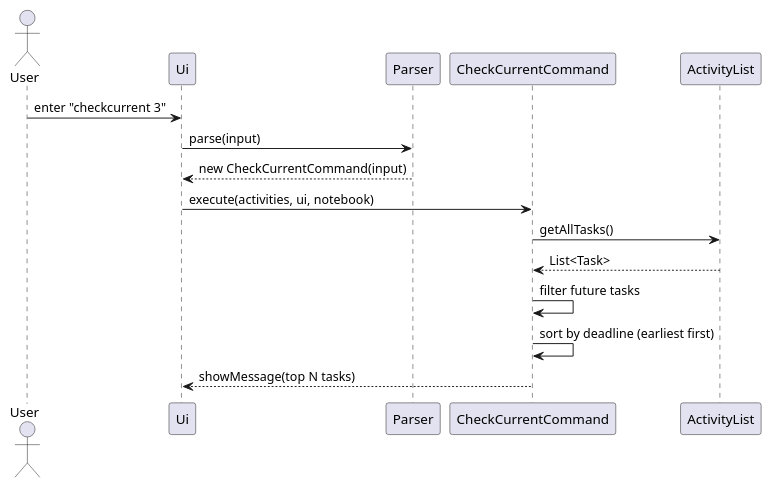
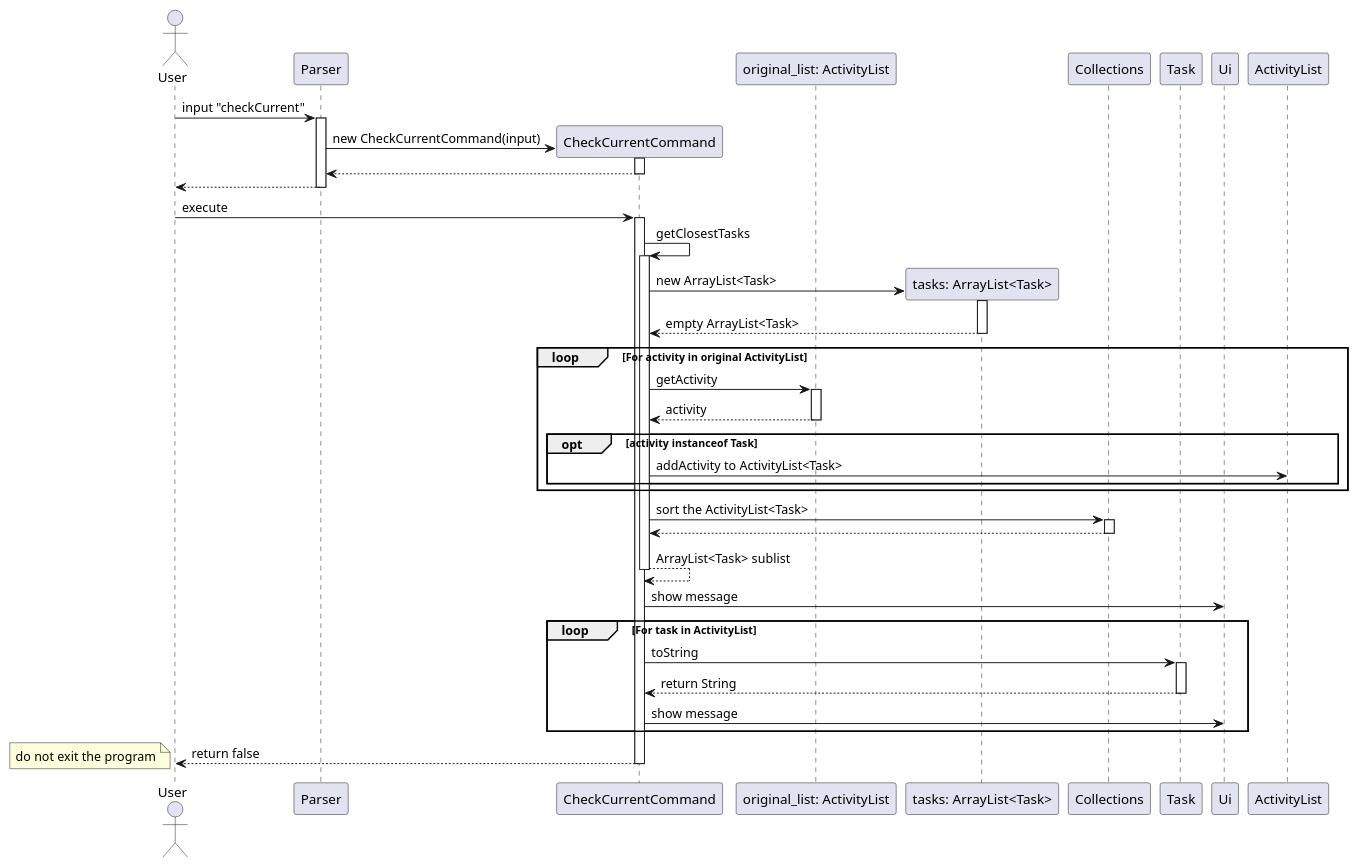
The diagram in docs/diagrams/CheckCurrent_sequence.puml (Kennahh/tp), drawn with PlantUML before and after one commit. The commit also changed 5 other files, not shown here.

```diff
--- a/docs/diagrams/CheckCurrent_sequence.puml
+++ b/docs/diagrams/CheckCurrent_sequence.puml
@@ -1,17 +1,59 @@
 @startuml
-actor User
-participant UI as "Ui"
+Actor User
 participant Parser
-participant C as "CheckCurrentCommand"
-participant AL as "ActivityList"
+participant CheckCurrentCommand
+participant "original_list: ActivityList" as original_list
+participant "tasks: ArrayList<Task>" as tasks
+participant Collections
+participant Task
+participant Ui
 
-User -> UI: enter "checkcurrent 3"
-UI -> Parser: parse(input)
-Parser --> UI: new CheckCurrentCommand(input)
-UI -> C: execute(activities, ui, notebook)
-C -> AL: getAllTasks()
-AL --> C: List<Task>
-C -> C: filter future tasks
-C -> C: sort by deadline (earliest first)
-C --> UI: showMessage(top N tasks)
+User -> Parser: input "checkCurrent"
+activate Parser
+create CheckCurrentCommand
+Parser -> CheckCurrentCommand: new CheckCurrentCommand(input)
+activate CheckCurrentCommand
+CheckCurrentCommand --> Parser
+deactivate CheckCurrentCommand
+Parser --> User
+deactivate Parser
+
+User -> CheckCurrentCommand: execute
+activate CheckCurrentCommand
+CheckCurrentCommand -> CheckCurrentCommand: getClosestTasks
+activate CheckCurrentCommand
+create tasks
+CheckCurrentCommand -> tasks: new ArrayList<Task>
+activate tasks
+tasks --> CheckCurrentCommand: empty ArrayList<Task>
+deactivate tasks
+loop For activity in original ActivityList
+    CheckCurrentCommand -> original_list: getActivity
+    activate original_list
+    original_list --> CheckCurrentCommand: activity
+    deactivate original_list
+    opt activity instanceof Task
+        CheckCurrentCommand -> ActivityList: addActivity to ActivityList<Task>
+    end
+end
+CheckCurrentCommand -> Collections: sort the ActivityList<Task>
+activate Collections
+Collections --> CheckCurrentCommand
+deactivate Collections
+CheckCurrentCommand --> CheckCurrentCommand: ArrayList<Task> sublist
+deactivate CheckCurrentCommand
+
+CheckCurrentCommand -> Ui: show message
+loop For task in ActivityList
+    CheckCurrentCommand -> Task: toString
+    activate Task
+    Task --> CheckCurrentCommand: return String
+    deactivate Task
+    CheckCurrentCommand -> Ui: show message
+end
+
+CheckCurrentCommand --> User: return false
+note left: do not exit the program
+deactivate CheckCurrentCommand
+
 @enduml
```
